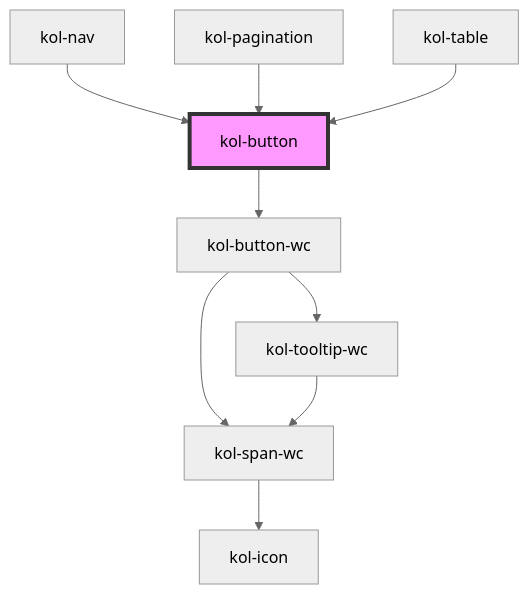
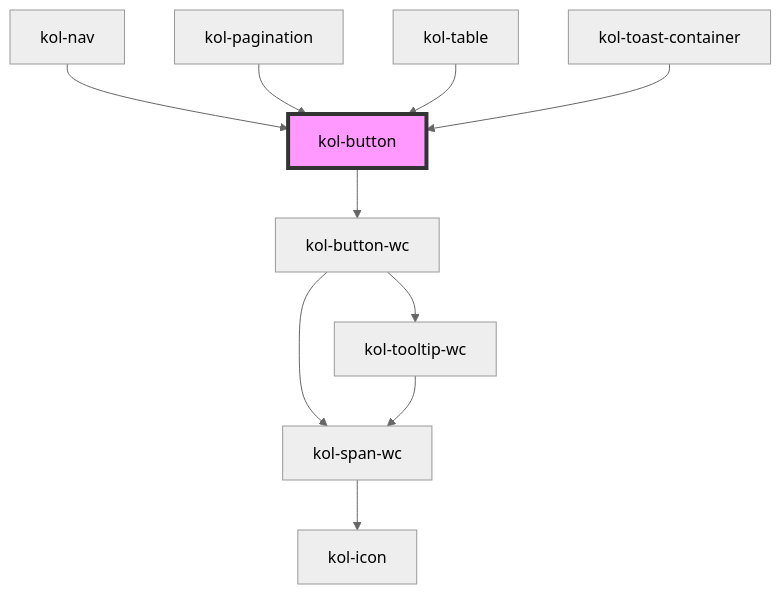
Before and after one commit to public-ui/kolibri: the diagram in packages/components/src/components/button/readme.md, drawn with Mermaid (neutral theme). The commit also changed other lines of this file and 55 other files, not shown here.

````diff
--- a/packages/components/src/components/button/readme.md
+++ b/packages/components/src/components/button/readme.md
@@ -139,12 +140,13 @@
 ```mermaid
 graph TD;
   kol-button --> kol-button-wc
   kol-button-wc --> kol-span-wc
   kol-button-wc --> kol-tooltip-wc
   kol-span-wc --> kol-icon
   kol-tooltip-wc --> kol-span-wc
   kol-nav --> kol-button
   kol-pagination --> kol-button
   kol-table --> kol-button
+  kol-toast-container --> kol-button
   style kol-button fill:#f9f,stroke:#333,stroke-width:4px
 ```
````
